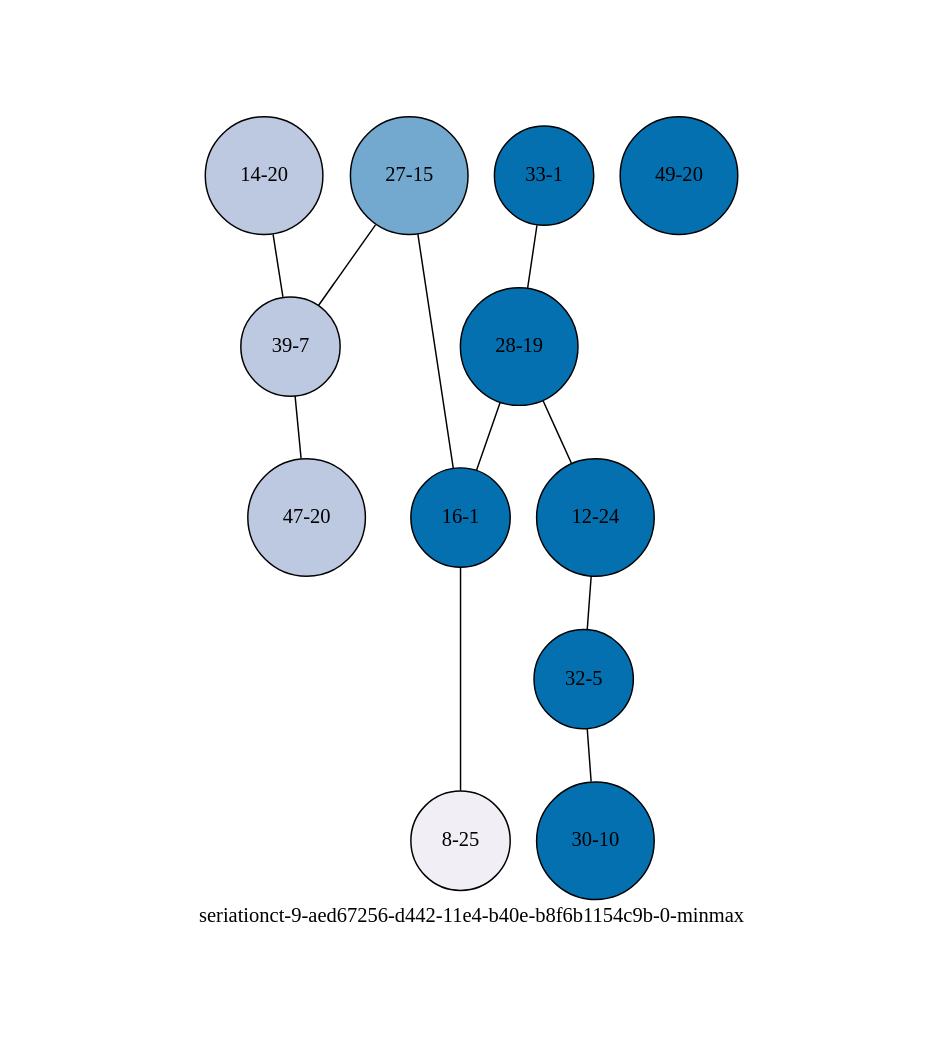
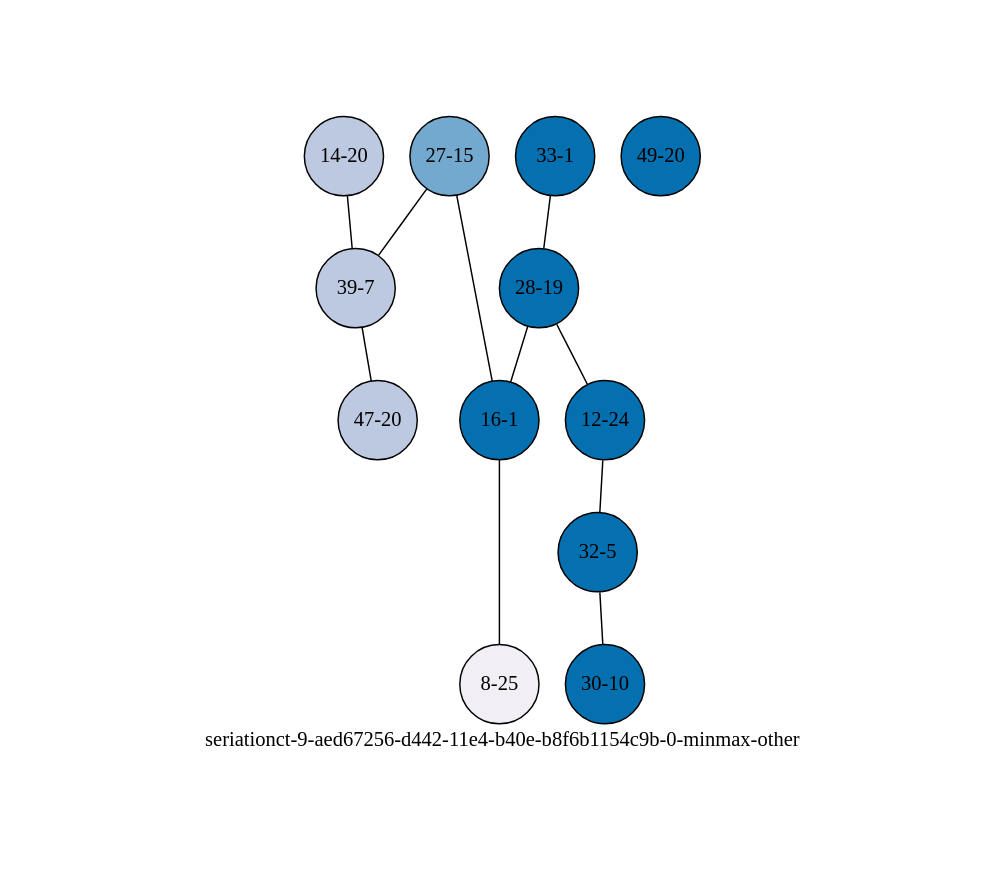
One commit to mmadsen/experiment-seriationct changed the diagram in experiments/seriationct-9/seriation-results/aed67256-d442-11e4-b40e-b8f6b1154c9b-0-sampled-0.07/aed67256-d442-11e4-b40e-b8f6b1154c9b-0-sampled-0.07-minmax-by-weight.png-annotated-chronological.dot. Above: the diagram before and after it, drawn with Graphviz. The commit also changed 54 other files, not shown here.

```diff
--- a/experiments/seriationct-9/seriation-results/aed67256-d442-11e4-b40e-b8f6b1154c9b-0-sampled-0.07/aed67256-d442-11e4-b40e-b8f6b1154c9b-0-sampled-0.07-minmax-by-weight.png-annotated-chronological.dot
+++ b/experiments/seriationct-9/seriation-results/aed67256-d442-11e4-b40e-b8f6b1154c9b-0-sampled-0.07/aed67256-d442-11e4-b40e-b8f6b1154c9b-0-sampled-0.07-minmax-by-weight.png-annotated-chronological.dot
@@ -1,29 +1,29 @@
-strict graph "seriationct-9-aed67256-d442-11e4-b40e-b8f6b1154c9b-0-minmax" {
+strict graph "seriationct-9-aed67256-d442-11e4-b40e-b8f6b1154c9b-0-minmax-other" {
 labelloc=b;
 ratio=auto;
 pad="1.0";
-label="seriationct-9-aed67256-d442-11e4-b40e-b8f6b1154c9b-0-minmax";
-node [width="0.3", shape=circle, height="0.3", style=filled, label=""];
+label="seriationct-9-aed67256-d442-11e4-b40e-b8f6b1154c9b-0-minmax-other";
+node [width="0.75", style=filled, fixedsize=true, height="0.75", shape=circle, label=""];
 0 [xCoordinate="1.0", appears_in_slice=1, yCoordinate="33.0", colorscheme=pubu4, short_label="33-1", label="33-1", fillcolor=4, id=0, size="502.866215406"];
 1 [xCoordinate="15.0", appears_in_slice=2, yCoordinate="27.0", colorscheme=pubu4, short_label="27-15", label="27-15", fillcolor=3, id=1, size="275.135478293"];
 2 [xCoordinate="19.0", appears_in_slice=1, yCoordinate="28.0", colorscheme=pubu4, short_label="28-19", label="28-19", fillcolor=4, id=2, size="317.98913818"];
 3 [xCoordinate="24.0", appears_in_slice=1, yCoordinate="12.0", colorscheme=pubu4, short_label="12-24", label="12-24", fillcolor=4, id=3, size="1095.99083188"];
 4 [xCoordinate="20.0", appears_in_slice=3, yCoordinate="14.0", colorscheme=pubu4, short_label="14-20", label="14-20", fillcolor=2, id=8, size="449.355675719"];
 5 [xCoordinate="7.0", appears_in_slice=3, yCoordinate="39.0", colorscheme=pubu4, short_label="39-7", label="39-7", fillcolor=2, id=5, size="449.355675719"];
 6 [xCoordinate="5.0", appears_in_slice=1, yCoordinate="32.0", colorscheme=pubu4, short_label="32-5", label="32-5", fillcolor=4, id=6, size="820.855353586"];
 7 [xCoordinate="10.0", appears_in_slice=1, yCoordinate="30.0", colorscheme=pubu4, short_label="30-10", label="30-10", fillcolor=4, id=7, size="317.98913818"];
 8 [xCoordinate="1.0", appears_in_slice=1, yCoordinate="16.0", colorscheme=pubu4, short_label="16-1", label="16-1", fillcolor=4, id=4, size="502.866215406"];
 9 [xCoordinate="25.0", appears_in_slice=4, yCoordinate="8.0", colorscheme=pubu4, short_label="8-25", label="8-25", fillcolor=1, id=9, size="315.374386505"];
 10 [xCoordinate="20.0", appears_in_slice=3, yCoordinate="47.0", colorscheme=pubu4, short_label="47-20", label="47-20", fillcolor=2, id=10, size="449.355675719"];
 11 [xCoordinate="20.0", appears_in_slice=1, yCoordinate="49.0", colorscheme=pubu4, short_label="49-20", label="49-20", fillcolor=4, id=11, size="502.866215406"];
 0 -- 2  [inverseweight="6.121740459", weight="0.163352237276"];
 1 -- 8  [inverseweight="5.18679520412", weight="0.192797278598"];
 1 -- 5  [inverseweight="5.18103083956", weight="0.193011782977"];
 2 -- 8  [inverseweight="6.82300192803", weight="0.146563053997"];
 2 -- 3  [inverseweight="6.95026234019", weight="0.143879461099"];
 3 -- 6  [inverseweight="3.6972435536", weight="0.270471767819"];
 4 -- 5  [inverseweight="7.98449554558", weight="0.12524272752"];
 5 -- 10  [inverseweight="18.3988485466", weight="0.0543512273319"];
 6 -- 7  [inverseweight="3.02728498365", weight="0.330328992943"];
 8 -- 9  [inverseweight="4.36521560395", weight="0.229083759138"];
 }
```
